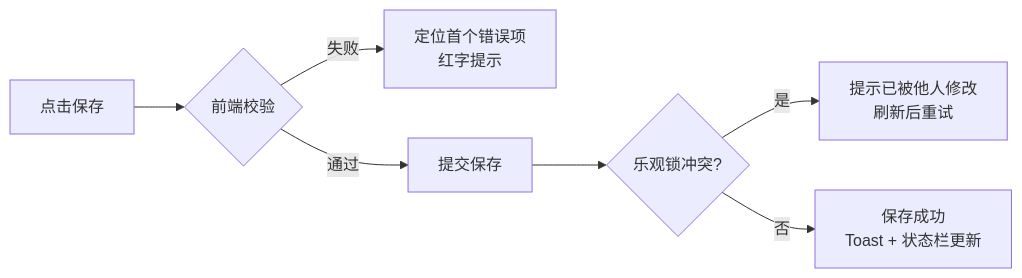
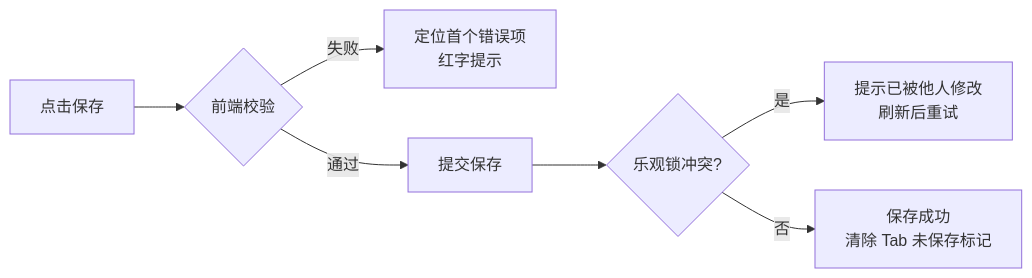
Before and after one commit to XiaoMiSum/robotest: the diagram in docs/交互设计/接口管理交互设计.md, drawn with Mermaid. The commit also changed other lines of this file and 2 other files, not shown here.

````diff
--- a/docs/交互设计/接口管理交互设计.md
+++ b/docs/交互设计/接口管理交互设计.md
@@ -262,9 +281,9 @@
 ```mermaid
 flowchart LR
     A[点击保存] --> B{前端校验}
     B -->|失败| C[定位首个错误项<br/>红字提示]
     B -->|通过| D[提交保存]
     D --> E{乐观锁冲突?}
     E -->|是| F[提示已被他人修改<br/>刷新后重试]
-    E -->|否| G[保存成功<br/>Toast + 状态栏更新]
+    E -->|否| G[保存成功<br/>清除 Tab 未保存标记]
 ```
````
